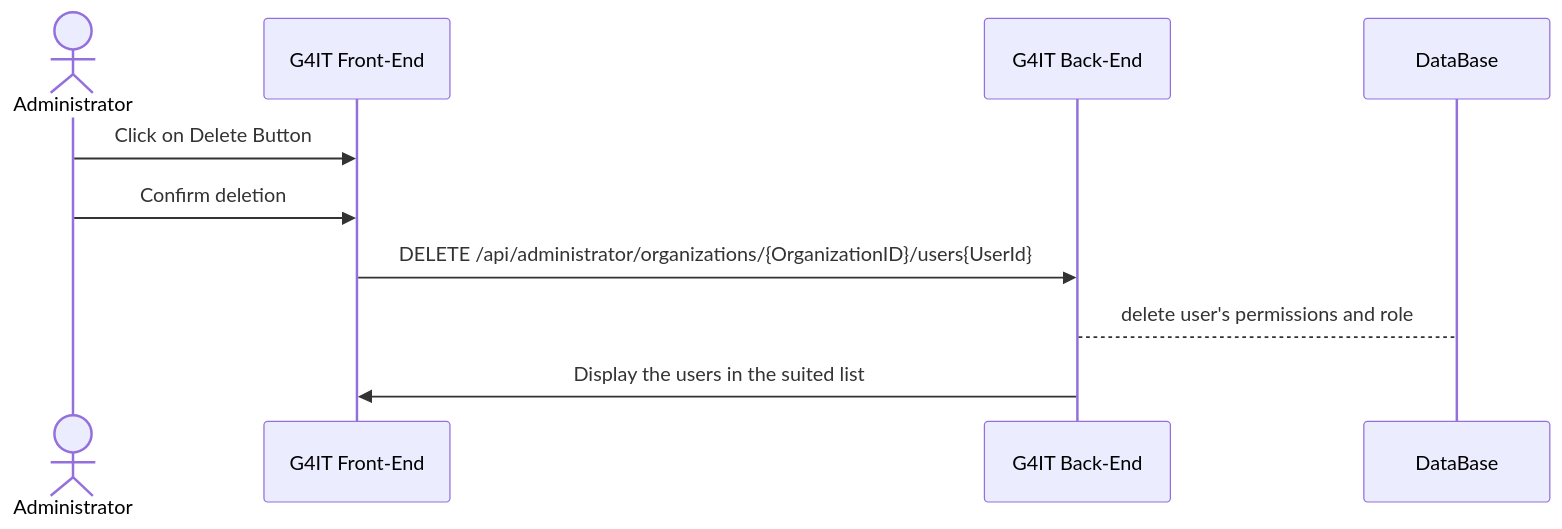
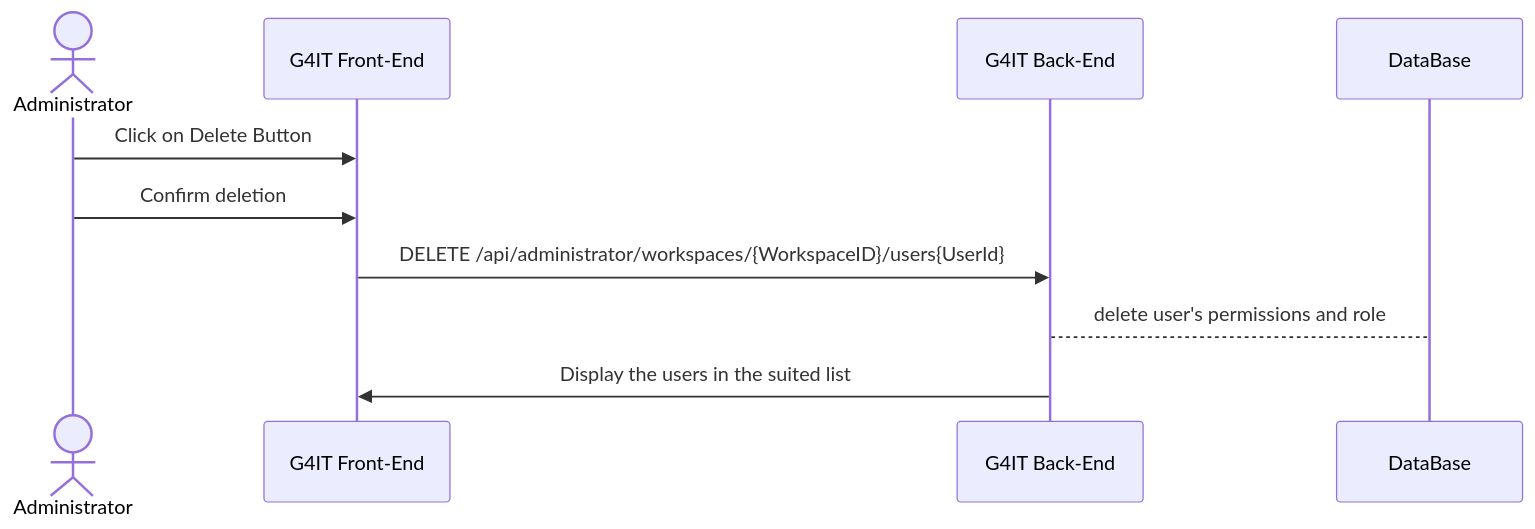
One commit to teamg4it/g4it changed the second of 2 diagrams in services/documentation/content/2-functional-documentation/use_cases/uc_administration/uc_administration_manage_users/uc3_delete_roles.md. Above: the diagram before and after it, drawn with Mermaid. The commit also changed other lines of this file and 92 other files, not shown here.

```diff
--- a/services/documentation/content/2-functional-documentation/use_cases/uc_administration/uc_administration_manage_users/uc3_delete_roles.md
+++ b/services/documentation/content/2-functional-documentation/use_cases/uc_administration/uc_administration_manage_users/uc3_delete_roles.md
@@ -57,15 +57,15 @@
 {{< mermaid >}}
 
 sequenceDiagram
 actor RND as Administrator
 participant front as G4IT Front-End
 participant back as G4IT Back-End
 participant DataBase
 
 RND ->> front: Click on Delete Button
 RND ->> front: Confirm deletion
-front ->> back: DELETE /api/administrator/organizations/{OrganizationID}/users{UserId} 
+front ->> back: DELETE /api/administrator/workspaces/{WorkspaceID}/users{UserId} 
 back --> DataBase: delete user's permissions and role
 back ->> front: Display the users in the suited list
 
 {{< /mermaid >}}
```
